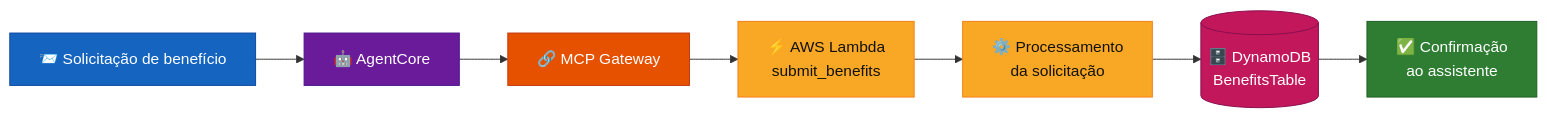
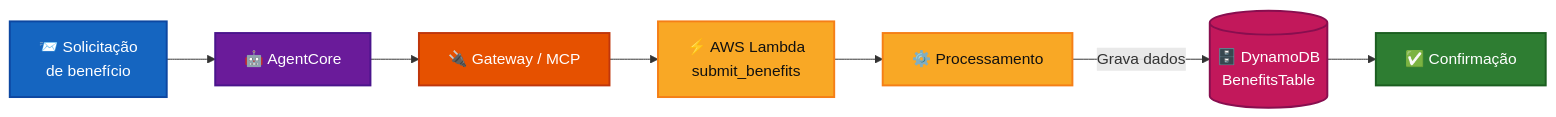
The sixth of 11 diagrams in README.md (Rogerio5/aws-genai-smart-assistant-lab), drawn with Mermaid before and after one commit. The commit also changed other lines of this file, not shown here.

````diff
--- a/README.md
+++ b/README.md
@@ -288,38 +339,43 @@
 ```mermaid
 flowchart LR
 
-    REQUEST["📨 Solicitação de benefício"]
+    REQUEST["📨 Solicitação<br/>de benefício"]
 
     AGENT["🤖 AgentCore"]
 
-    MCP["🔗 MCP Gateway"]
+    GATEWAY["🔌 Gateway / MCP"]
 
     LAMBDA["⚡ AWS Lambda<br/>submit_benefits"]
 
-    PROCESS["⚙️ Processamento<br/>da solicitação"]
+    PROCESS["⚙️ Processamento"]
 
     DB[("🗄️ DynamoDB<br/>BenefitsTable")]
 
-    CONFIRM["✅ Confirmação<br/>ao assistente"]
+    CONFIRM["✅ Confirmação"]
 
     REQUEST --> AGENT
-    AGENT --> MCP
-    MCP --> LAMBDA
+
+    AGENT --> GATEWAY
+
+    GATEWAY --> LAMBDA
+
     LAMBDA --> PROCESS
-    PROCESS --> DB
+
+    PROCESS -->|"Grava dados"| DB
+
     DB --> CONFIRM
 
-    classDef input fill:#1565C0,stroke:#0D47A1,color:#ffffff
-    classDef ai fill:#6A1B9A,stroke:#4A148C,color:#ffffff
-    classDef integration fill:#E65100,stroke:#BF360C,color:#ffffff
-    classDef compute fill:#F9A825,stroke:#F57F17,color:#111111
-    classDef database fill:#C2185B,stroke:#880E4F,color:#ffffff
-    classDef result fill:#2E7D32,stroke:#1B5E20,color:#ffffff
+    classDef input fill:#1565C0,stroke:#0D47A1,color:#ffffff,stroke-width:2px
+    classDef ai fill:#6A1B9A,stroke:#4A148C,color:#ffffff,stroke-width:2px
+    classDef integration fill:#E65100,stroke:#BF360C,color:#ffffff,stroke-width:2px
+    classDef compute fill:#F9A825,stroke:#F57F17,color:#111111,stroke-width:2px
+    classDef database fill:#C2185B,stroke:#880E4F,color:#ffffff,stroke-width:2px
+    classDef result fill:#2E7D32,stroke:#1B5E20,color:#ffffff,stroke-width:2px
 
     class REQUEST input
     class AGENT ai
-    class MCP integration
+    class GATEWAY integration
     class LAMBDA,PROCESS compute
     class DB database
     class CONFIRM result
 ```
````
